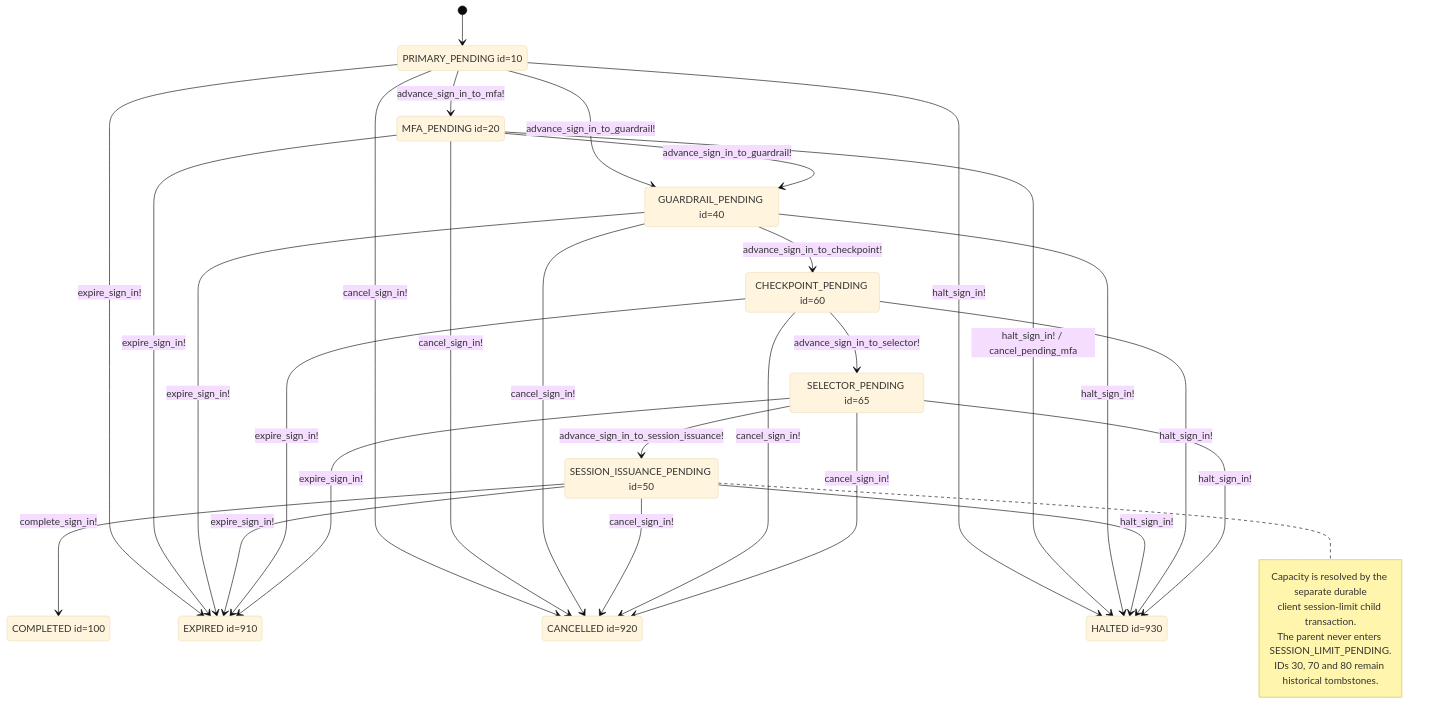
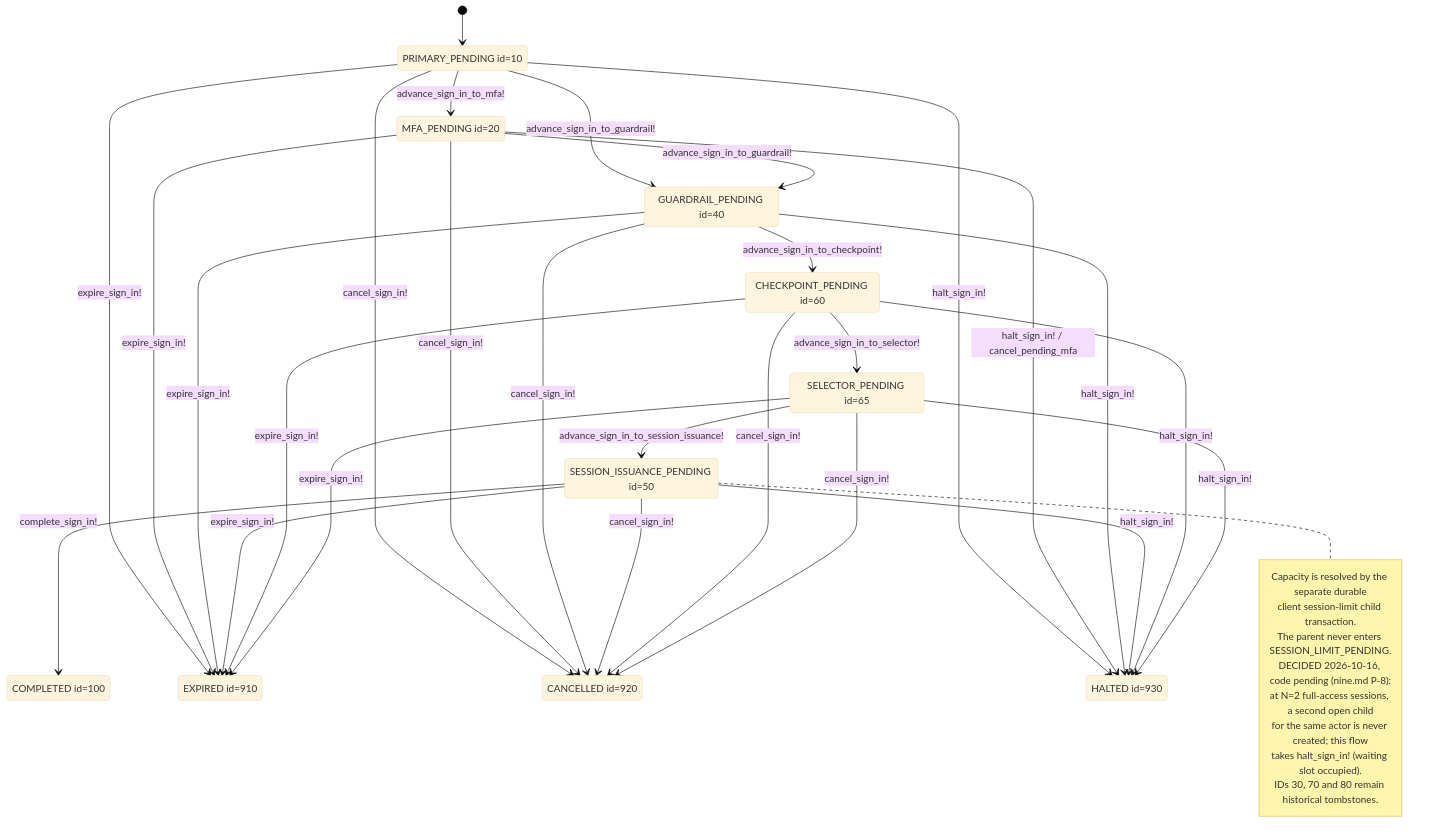
Before and after one commit to seahal/umaxica-apps-jit-global: the diagram in docs/mermaid/idp-client-sign-in.mmd, drawn with Mermaid (base theme). The commit also changed 81 other files, not shown here.

```diff
--- a/docs/mermaid/idp-client-sign-in.mmd
+++ b/docs/mermaid/idp-client-sign-in.mmd
@@ -1,55 +1,59 @@
 stateDiagram-v2
     %% Terminal absorption precedes TTL and requested source validation.
     %% Where the lifecycle has expires_at, overdue requests persist EXPIRED first.
     %% The owning transaction returns an expiry refusal; callers unwrap only after commit.
     %% A refused locked operation rolls back its savepoint before persisting expiry.
     %% Current sign-in graph; routing and session-limit resolution are separate axes.
     %% HTTP phase admission is an observation: contradictory GET/HEAD returns 409 and has no
     %% lifecycle edge. A correctly bound unsafe phase mismatch enters HALTED with a phase reason;
     %% an invalid binding is refused and never redirects or halts another flow.
     %% Provider-owned ceremonies keep their concrete transaction authority.
     state "PRIMARY_PENDING id=10" as PRIMARY_PENDING
     state "MFA_PENDING id=20" as MFA_PENDING
     state "GUARDRAIL_PENDING id=40" as GUARDRAIL_PENDING
     state "SESSION_ISSUANCE_PENDING id=50" as SESSION_ISSUANCE_PENDING
     state "CHECKPOINT_PENDING id=60" as CHECKPOINT_PENDING
     state "SELECTOR_PENDING id=65" as SELECTOR_PENDING
     state "COMPLETED id=100" as COMPLETED
     state "EXPIRED id=910" as EXPIRED
     state "CANCELLED id=920" as CANCELLED
     state "HALTED id=930" as HALTED
 
     [*] --> PRIMARY_PENDING
     PRIMARY_PENDING --> MFA_PENDING: advance_sign_in_to_mfa!
     PRIMARY_PENDING --> GUARDRAIL_PENDING: advance_sign_in_to_guardrail!
     MFA_PENDING --> GUARDRAIL_PENDING: advance_sign_in_to_guardrail!
     GUARDRAIL_PENDING --> CHECKPOINT_PENDING: advance_sign_in_to_checkpoint!
     CHECKPOINT_PENDING --> SELECTOR_PENDING: advance_sign_in_to_selector!
     SELECTOR_PENDING --> SESSION_ISSUANCE_PENDING: advance_sign_in_to_session_issuance!
     SESSION_ISSUANCE_PENDING --> COMPLETED: complete_sign_in!
 
     PRIMARY_PENDING --> EXPIRED: expire_sign_in!
     PRIMARY_PENDING --> CANCELLED: cancel_sign_in!
     PRIMARY_PENDING --> HALTED: halt_sign_in!
     MFA_PENDING --> EXPIRED: expire_sign_in!
     MFA_PENDING --> CANCELLED: cancel_sign_in!
     MFA_PENDING --> HALTED: halt_sign_in! / cancel_pending_mfa
     GUARDRAIL_PENDING --> EXPIRED: expire_sign_in!
     GUARDRAIL_PENDING --> CANCELLED: cancel_sign_in!
     GUARDRAIL_PENDING --> HALTED: halt_sign_in!
     SESSION_ISSUANCE_PENDING --> EXPIRED: expire_sign_in!
     SESSION_ISSUANCE_PENDING --> CANCELLED: cancel_sign_in!
     SESSION_ISSUANCE_PENDING --> HALTED: halt_sign_in!
     CHECKPOINT_PENDING --> EXPIRED: expire_sign_in!
     CHECKPOINT_PENDING --> CANCELLED: cancel_sign_in!
     CHECKPOINT_PENDING --> HALTED: halt_sign_in!
     SELECTOR_PENDING --> EXPIRED: expire_sign_in!
     SELECTOR_PENDING --> CANCELLED: cancel_sign_in!
     SELECTOR_PENDING --> HALTED: halt_sign_in!
 
     note right of SESSION_ISSUANCE_PENDING
         Capacity is resolved by the separate durable
         client session-limit child transaction.
         The parent never enters SESSION_LIMIT_PENDING.
+        DECIDED 2026-10-16, code pending (nine.md P-8):
+        at N=2 full-access sessions, a second open child
+        for the same actor is never created; this flow
+        takes halt_sign_in! (waiting slot occupied).
         IDs 30, 70 and 80 remain historical tombstones.
     end note
```
